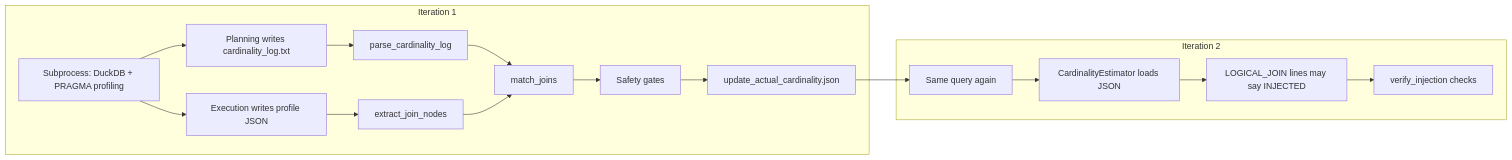
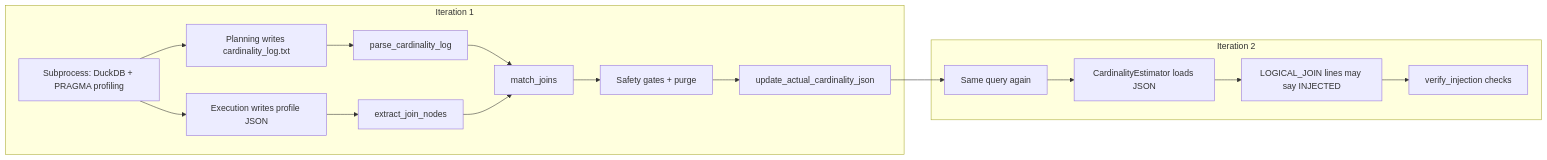
One commit to AarryaSaraf/duckdb15689 changed the diagram in docs/feedback_benchmark_walkthrough_q6_sf10.md. Above: the diagram before and after it, drawn with Mermaid. The commit also changed other lines of this file and 5 other files, not shown here.

````diff
--- a/docs/feedback_benchmark_walkthrough_q6_sf10.md
+++ b/docs/feedback_benchmark_walkthrough_q6_sf10.md
@@ -55,19 +55,19 @@
 ```mermaid
 flowchart LR
   subgraph iter1 [Iteration 1]
     A[Subprocess: DuckDB + PRAGMA profiling] --> B[Planning writes cardinality_log.txt]
     A --> C[Execution writes profile JSON]
     B --> D[parse_cardinality_log]
     C --> E[extract_join_nodes]
     D --> F[match_joins]
     E --> F
-    F --> G[Safety gates]
-    G --> H[update_actual_cardinality.json]
+    F --> G[Safety gates + purge]
+    G --> H[update_actual_cardinality_json]
   end
   subgraph iter2 [Iteration 2]
     H --> I[Same query again]
     I --> J[CardinalityEstimator loads JSON]
     J --> K[LOGICAL_JOIN lines may say INJECTED]
     K --> L[verify_injection checks]
   end
 ```
````
